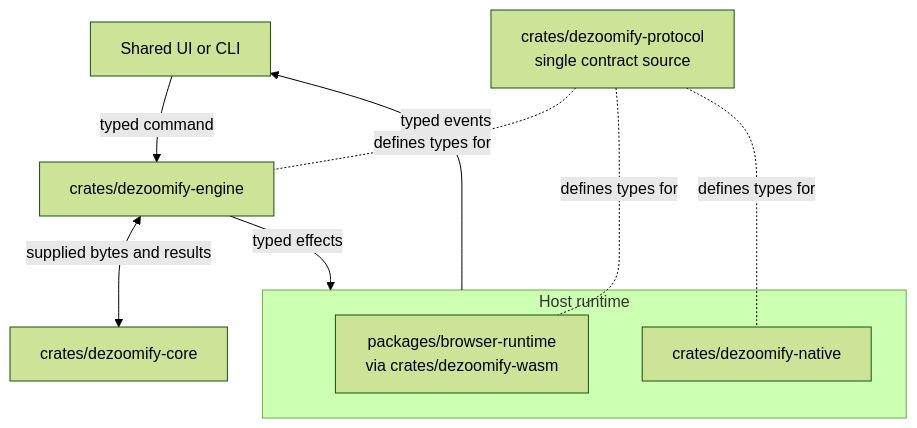
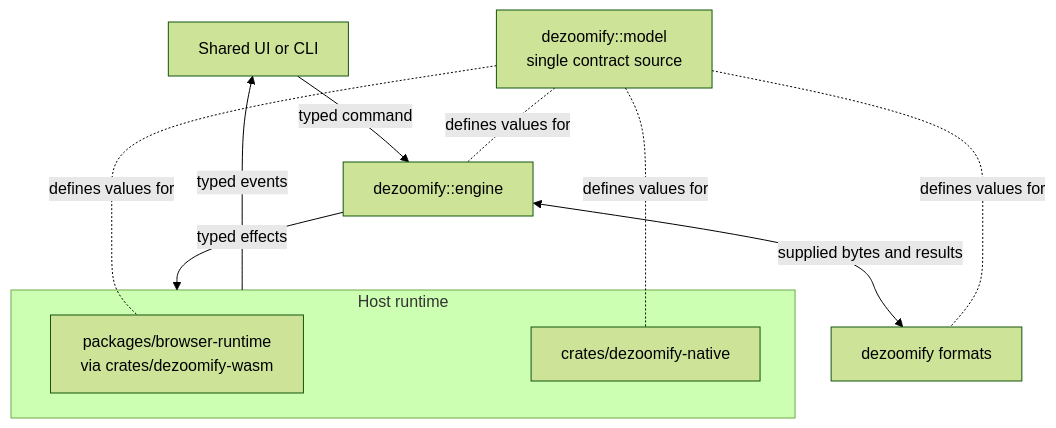
One commit to lovasoa/dezoomify changed the first of 3 diagrams in docs/architecture.md. Above: the diagram before and after it, drawn with Mermaid (forest theme). The commit also changed other lines of this file and 241 other files, not shown here.

Commit message:
Consolidate the canonical job model

````diff
--- a/docs/architecture.md
+++ b/docs/architecture.md
@@ -5,14 +5,15 @@
 ```mermaid
 flowchart TD
-    UI[Shared UI or CLI] -->|typed command| JOB[crates/dezoomify-engine]
-    JOB <-->|supplied bytes and results| CORE[crates/dezoomify-core]
+    UI[Shared UI or CLI] -->|typed command| JOB[dezoomify::engine]
+    JOB <-->|supplied bytes and results| FORMATS[dezoomify formats]
     JOB -->|typed effects| HOST
     HOST -->|typed events| UI
     subgraph HOST[Host runtime]
         BR[packages/browser-runtime<br/>via crates/dezoomify-wasm]
         NR[crates/dezoomify-native]
     end
-    PROTO[crates/dezoomify-protocol<br/>single contract source] -. defines types for .- JOB
-    PROTO -. defines types for .- BR
-    PROTO -. defines types for .- NR
+    MODEL[dezoomify::model<br/>single contract source] -. defines values for .- JOB
+    MODEL -. defines values for .- FORMATS
+    MODEL -. defines values for .- BR
+    MODEL -. defines values for .- NR
 ```
````
